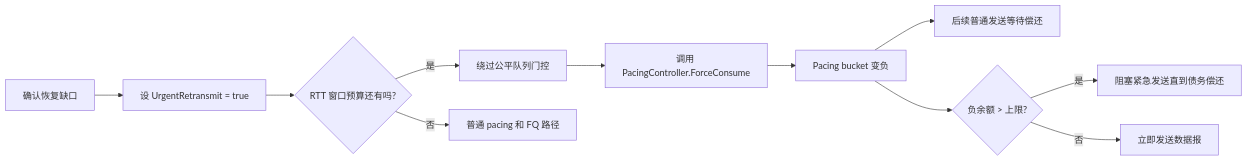
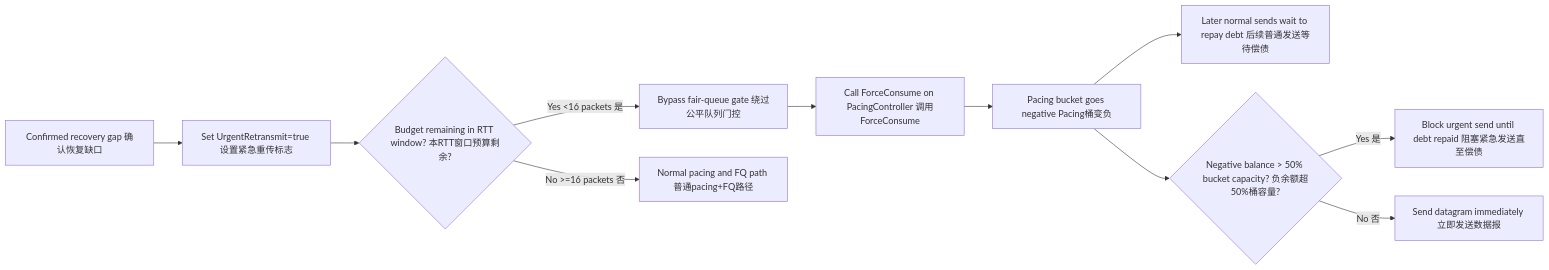
The eighth of 9 diagrams in docs/protocol_CN.md (liulilittle/ucp), drawn with Mermaid before and after one commit. The commit also changed other lines of this file and 43 other files, not shown here.

````diff
--- a/docs/protocol_CN.md
+++ b/docs/protocol_CN.md
@@ -311,14 +373,14 @@
 ```mermaid
 flowchart LR
-    Gap[确认恢复缺口] --> Mark[设 UrgentRetransmit = true]
-    Mark --> Budget{RTT 窗口预算还有吗?}
-    Budget -->|是| Bypass[绕过公平队列门控]
-    Bypass --> Force[调用 PacingController.ForceConsume]
-    Force --> Debt[Pacing bucket 变负]
-    Debt --> Repay[后续普通发送等待偿还]
-    Budget -->|否| Normal[普通 pacing 和 FQ 路径]
-
-    Debt --> Cap{负余额 > 上限?}
-    Cap -->|是| Block[阻塞紧急发送直到债务偿还]
-    Cap -->|否| Send[立即发送数据报]
+    Gap["Confirmed recovery gap 确认恢复缺口"] --> Mark["Set UrgentRetransmit=true 设置紧急重传标志"]
+    Mark --> Budget{"Budget remaining in RTT window? 本RTT窗口预算剩余?"}
+    Budget -->|"Yes <16 packets 是"| Bypass["Bypass fair-queue gate 绕过公平队列门控"]
+    Bypass --> Force["Call ForceConsume on PacingController 调用ForceConsume"]
+    Force --> Debt["Pacing bucket goes negative Pacing桶变负"]
+    Debt --> Repay["Later normal sends wait to repay debt 后续普通发送等待偿债"]
+    Budget -->|"No >=16 packets 否"| Normal["Normal pacing and FQ path 普通pacing+FQ路径"]
+    
+    Debt --> Cap{"Negative balance > 50% bucket capacity? 负余额超50%桶容量?"}
+    Cap -->|"Yes 是"| Block["Block urgent send until debt repaid 阻塞紧急发送直至偿债"]
+    Cap -->|"No 否"| Send["Send datagram immediately 立即发送数据报"]
 ```
````
